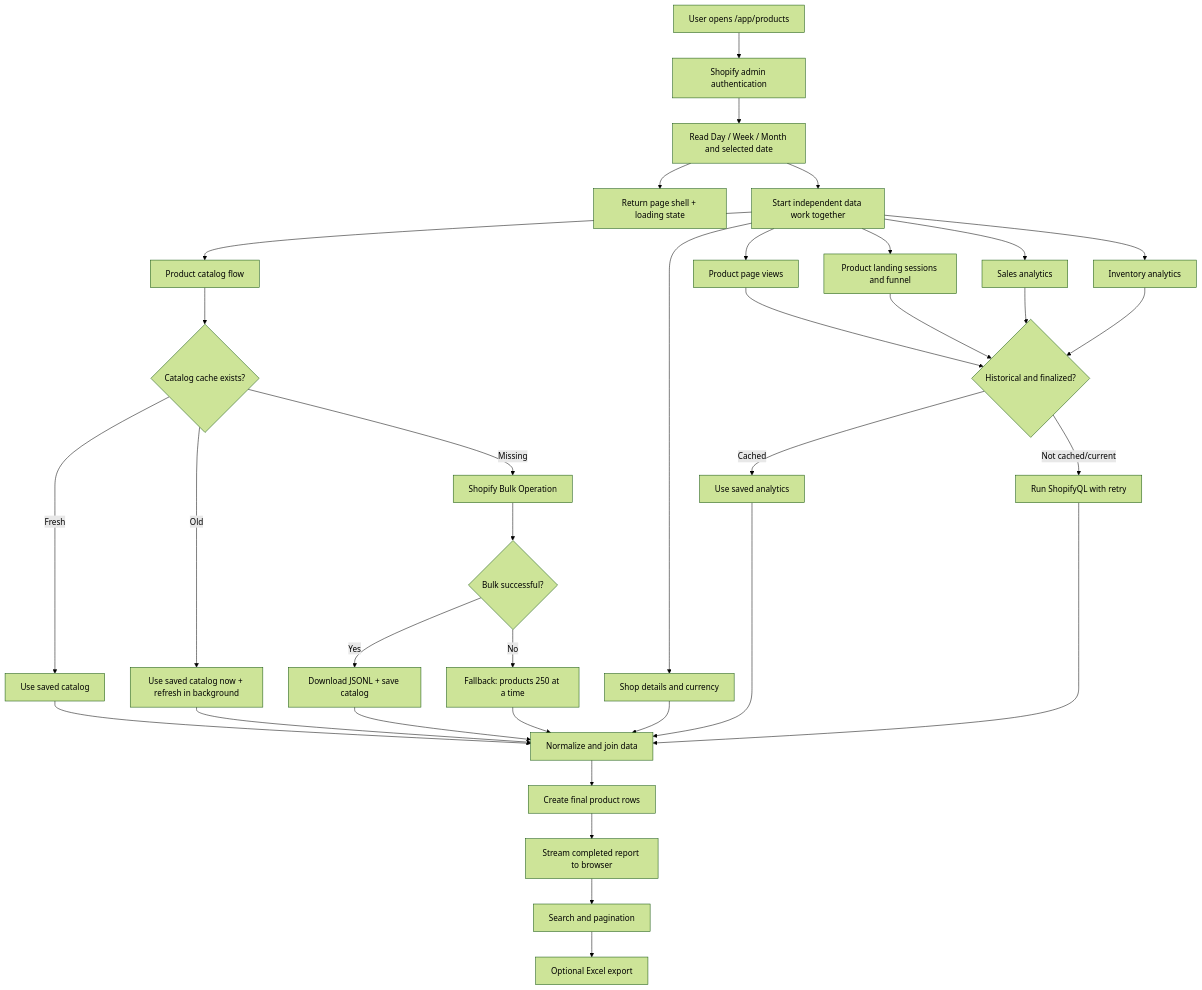
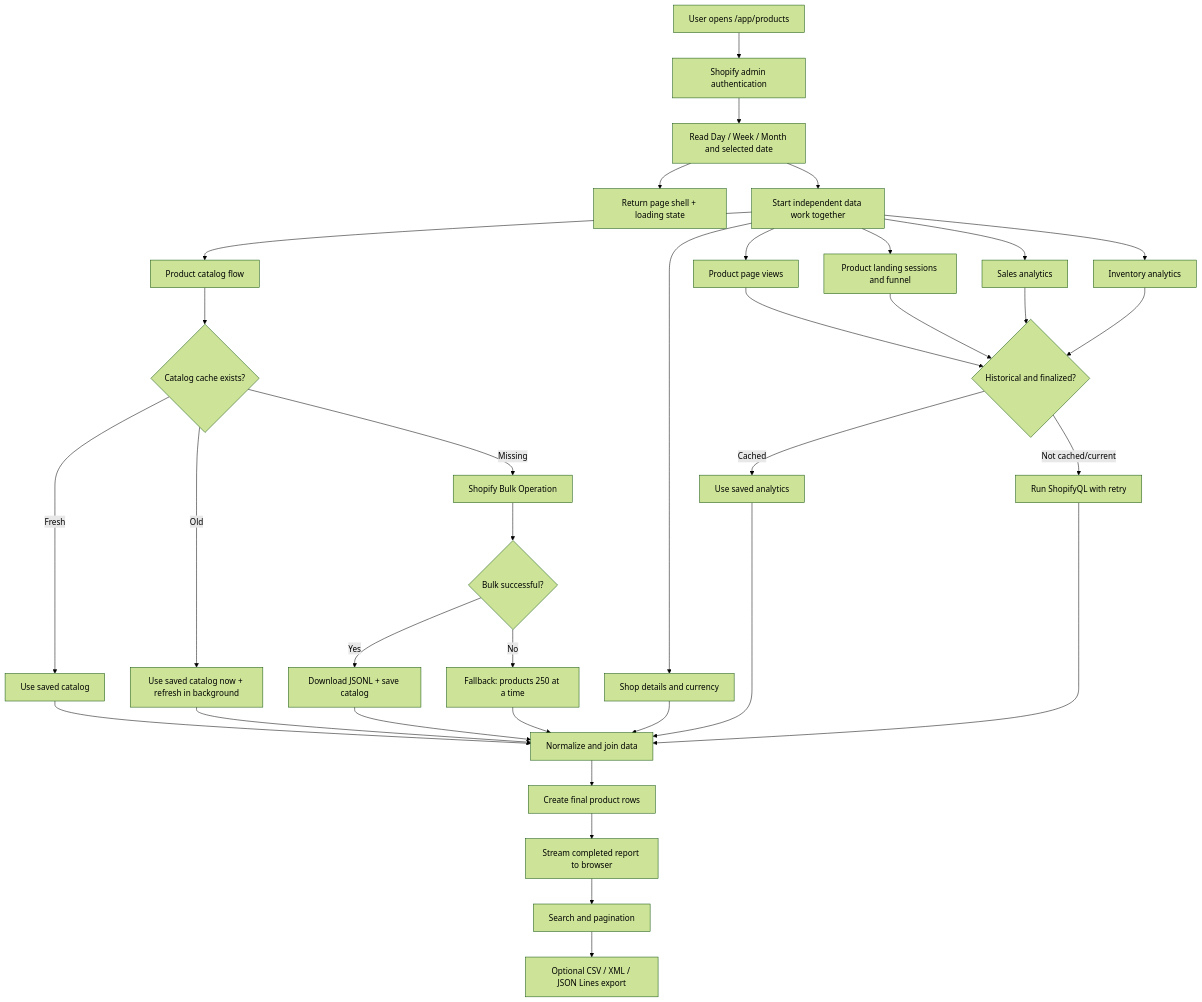
Before and after one commit to akashna-s/Shopify-Inventory-App: the diagram in flow.md, drawn with Mermaid (forest theme). The commit also changed other lines of this file and 2 other files, not shown here.

````diff
--- a/flow.md
+++ b/flow.md
@@ -16,42 +16,42 @@
 ```mermaid
 flowchart TD
     A["User opens /app/products"] --> B["Shopify admin authentication"]
     B --> C["Read Day / Week / Month and selected date"]
     C --> D["Return page shell + loading state"]
     C --> E["Start independent data work together"]
 
     E --> F["Product catalog flow"]
     E --> G["Shop details and currency"]
     E --> H["Product page views"]
     E --> I["Product landing sessions and funnel"]
     E --> J["Sales analytics"]
     E --> AA["Inventory analytics"]
 
     F --> K{"Catalog cache exists?"}
     K -->|"Fresh"| L["Use saved catalog"]
     K -->|"Old"| M["Use saved catalog now + refresh in background"]
     K -->|"Missing"| N["Shopify Bulk Operation"]
     N --> O{"Bulk successful?"}
     O -->|"Yes"| P["Download JSONL + save catalog"]
     O -->|"No"| Q["Fallback: products 250 at a time"]
 
     H --> R{"Historical and finalized?"}
     I --> R
     J --> R
     AA --> R
     R -->|"Cached"| S["Use saved analytics"]
     R -->|"Not cached/current"| T["Run ShopifyQL with retry"]
 
     L --> U["Normalize and join data"]
     M --> U
     P --> U
     Q --> U
     G --> U
     S --> U
     T --> U
 
     U --> V["Create final product rows"]
     V --> W["Stream completed report to browser"]
     W --> X["Search and pagination"]
-    X --> Y["Optional Excel export"]
+    X --> Y["Optional CSV / XML / JSON Lines export"]
 ```
````
